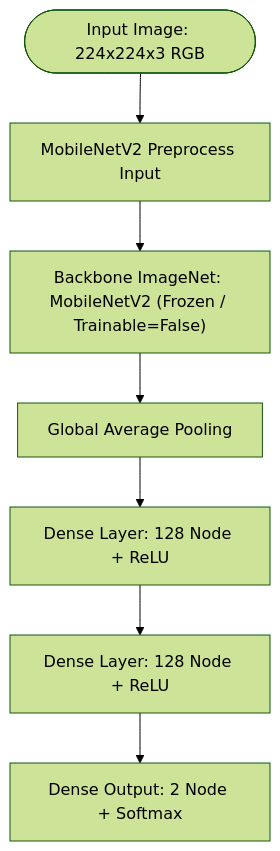
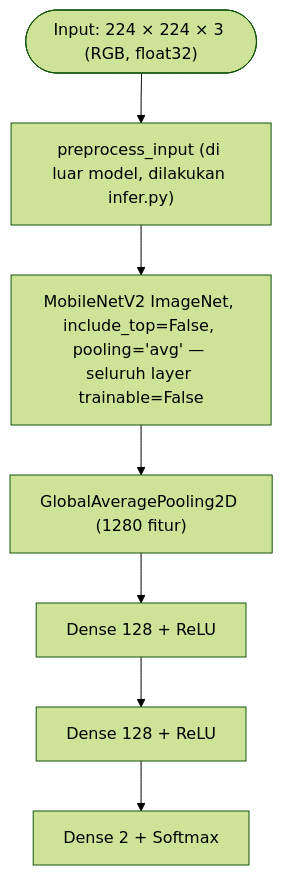
One commit to hissyam90/kalimantan-wildfire-hotspot-detection changed the second of 4 diagrams in docs/MODEL_TRAINING.md. Above: the diagram before and after it, drawn with Mermaid (forest theme). The commit also changed other lines of this file and 3 other files, not shown here.

````diff
--- a/docs/MODEL_TRAINING.md
+++ b/docs/MODEL_TRAINING.md
@@ -87,9 +133,9 @@
 ```mermaid
 graph TD
-    Input([Input Image: 224x224x3 RGB]) --> Preprocess["MobileNetV2 Preprocess Input"]
-    Preprocess --> Backbone["Backbone ImageNet: MobileNetV2 (Frozen / Trainable=False)"]
-    Backbone --> Pool["Global Average Pooling"]
-    Pool --> Dense1["Dense Layer: 128 Node + ReLU"]
-    Dense1 --> Dense2["Dense Layer: 128 Node + ReLU"]
-    Dense2 --> Output["Dense Output: 2 Node + Softmax"]
+    Input(["Input: 224 × 224 × 3 (RGB, float32)"]) --> Pre["preprocess_input (di luar model, dilakukan infer.py)"]
+    Pre --> Backbone["MobileNetV2 ImageNet, include_top=False, pooling='avg' — seluruh layer trainable=False"]
+    Backbone --> Pool["GlobalAveragePooling2D (1280 fitur)"]
+    Pool --> Dense1["Dense 128 + ReLU"]
+    Dense1 --> Dense2["Dense 128 + ReLU"]
+    Dense2 --> Output["Dense 2 + Softmax"]
 ```
````
